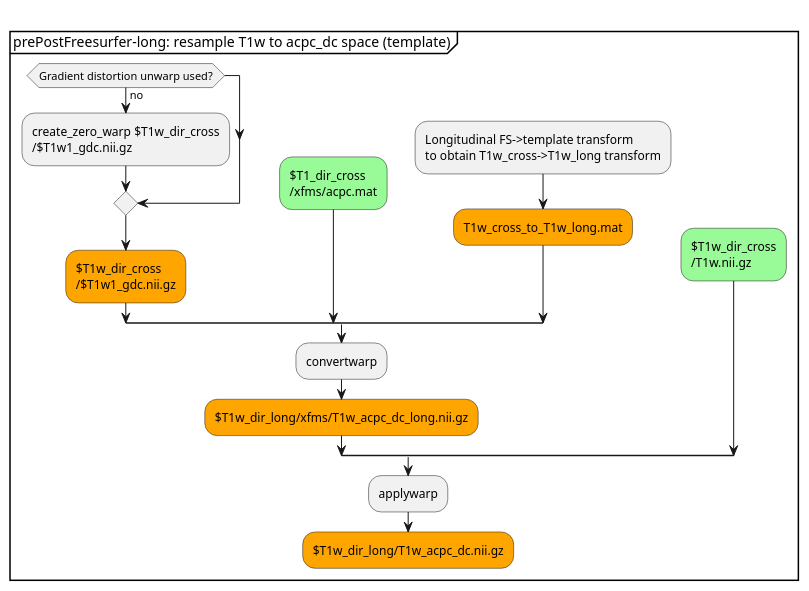
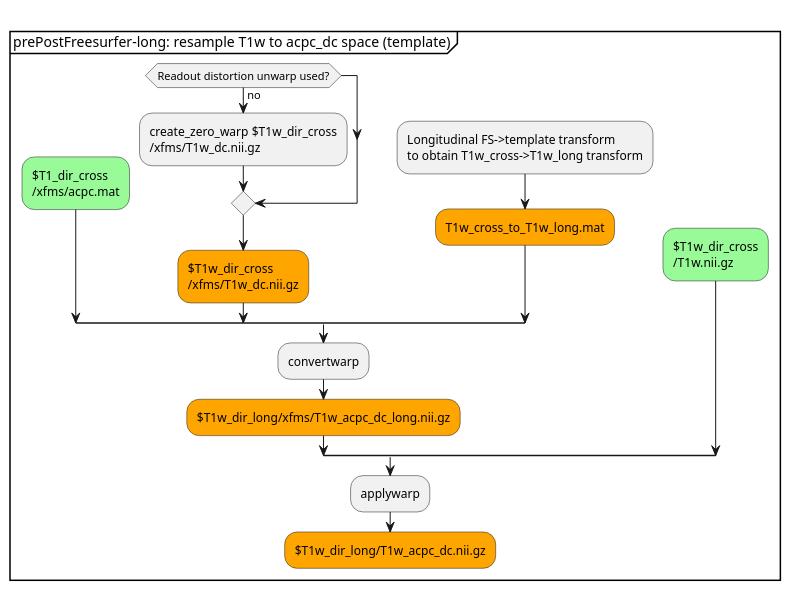
The diagram in docs/diagrams/src/PrePostFreesurferPipeline-long.T1w2acpc_dc_template.puml (Washington-University/HCPpipelines), drawn with PlantUML before and after one commit. The commit also changed 2 other files, not shown here.

```diff
--- a/docs/diagrams/src/PrePostFreesurferPipeline-long.T1w2acpc_dc_template.puml
+++ b/docs/diagrams/src/PrePostFreesurferPipeline-long.T1w2acpc_dc_template.puml
@@ -1,37 +1,41 @@
 @startuml
 split
  
  group prePostFreesurfer-long: resample T1w to acpc_dc space (template)
  -[hidden]->
  split
  -[hidden]->
  split
-   -[hidden]->
-   if (Gradient distortion unwarp used?) then (no)
-     :create_zero_warp $T1w_dir_cross
-     /$T1w1_gdc.nii.gz;        
-   endif
-   #orange:$T1w_dir_cross
-   /$T1w1_gdc.nii.gz;
- split again
+
   -[hidden]->
   #palegreen:$T1_dir_cross
   /xfms/acpc.mat;
+
+   split again
+
+   -[hidden]->
+   if (Readout distortion unwarp used?) then (no)
+     :create_zero_warp $T1w_dir_cross
+     /xfms/T1w_dc.nii.gz;
+   endif
+   #orange:$T1w_dir_cross   
+   /xfms/T1w_dc.nii.gz;
+
  split again
   -[hidden]->
   :Longitudinal FS->template transform  
   to obtain T1w_cross->T1w_long transform;
   #orange:T1w_cross_to_T1w_long.mat;
  end split
    :convertwarp;
    #orange:$T1w_dir_long/xfms/T1w_acpc_dc_long.nii.gz;
  split again
    -[hidden]->
    #palegreen:$T1w_dir_cross
    /T1w.nii.gz;
  end split
  :applywarp;
  #orange:$T1w_dir_long/T1w_acpc_dc.nii.gz;
 end group
 detach
 @enduml
```
